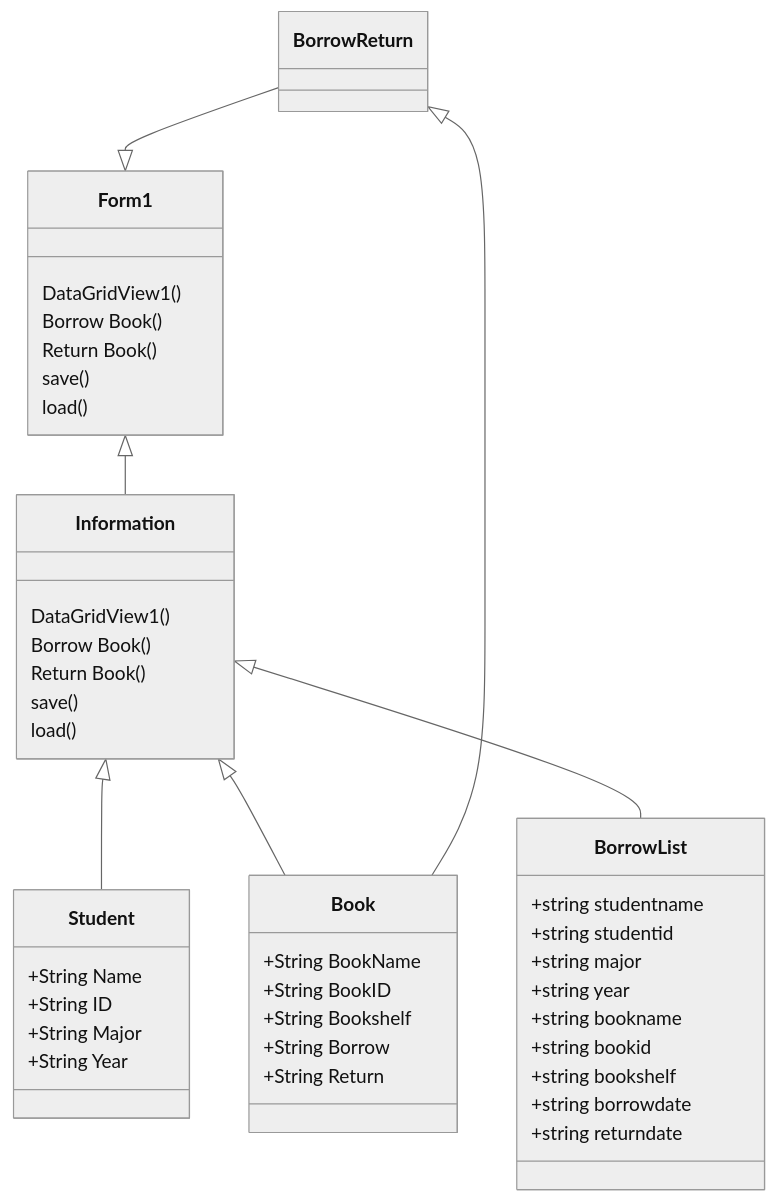
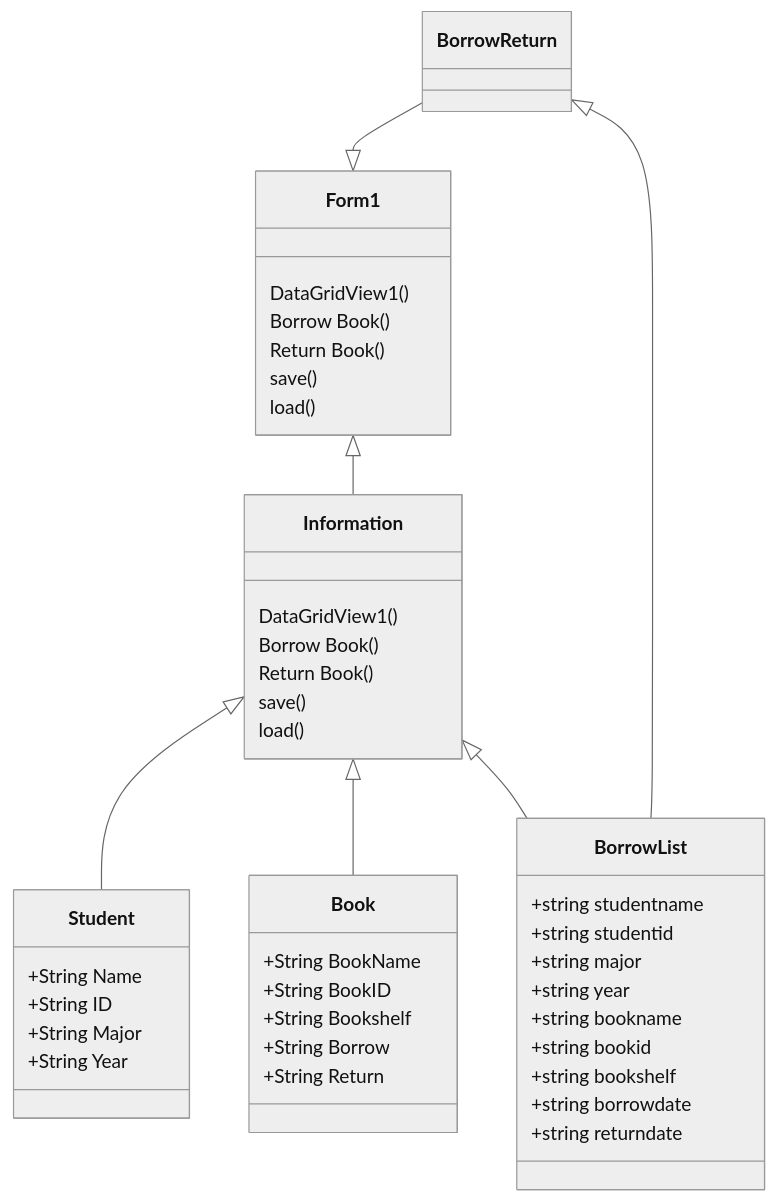
The diagram in README.md (bbxxaxxm/Finalnatnicha), drawn with Mermaid (neutral theme) before and after one commit.

````diff
--- a/README.md
+++ b/README.md
@@ -9,43 +9,43 @@
 ```mermaid
 classDiagram
     Form1 <|-- Information
     Form1 : DataGridView1()
     Form1 : Borrow Book()
     Form1 : Return Book()
     Form1 : save()
     Form1 : load()
     Information <|-- Student
     Information <|-- Book
     Information <|-- BorrowList
     Information : DataGridView1()
     Information : Borrow Book()
     Information: Return Book()
     Information: save()
     Information: load()
     BorrowReturn --|> Form1
-    BorrowReturn <|-- Book
+    BorrowReturn <|-- BorrowList
     class Student{
         +String Name
         +String ID
         +String Major
         +String Year
     }
     class Book{
         +String BookName
         +String BookID
         +String Bookshelf
         +String Borrow
         +String Return
     }
     class BorrowList{
         +string studentname
         +string studentid
         +string major
         +string year
         +string bookname
         +string bookid
         +string bookshelf
         +string borrowdate
         +string returndate
     }
 ```
````
